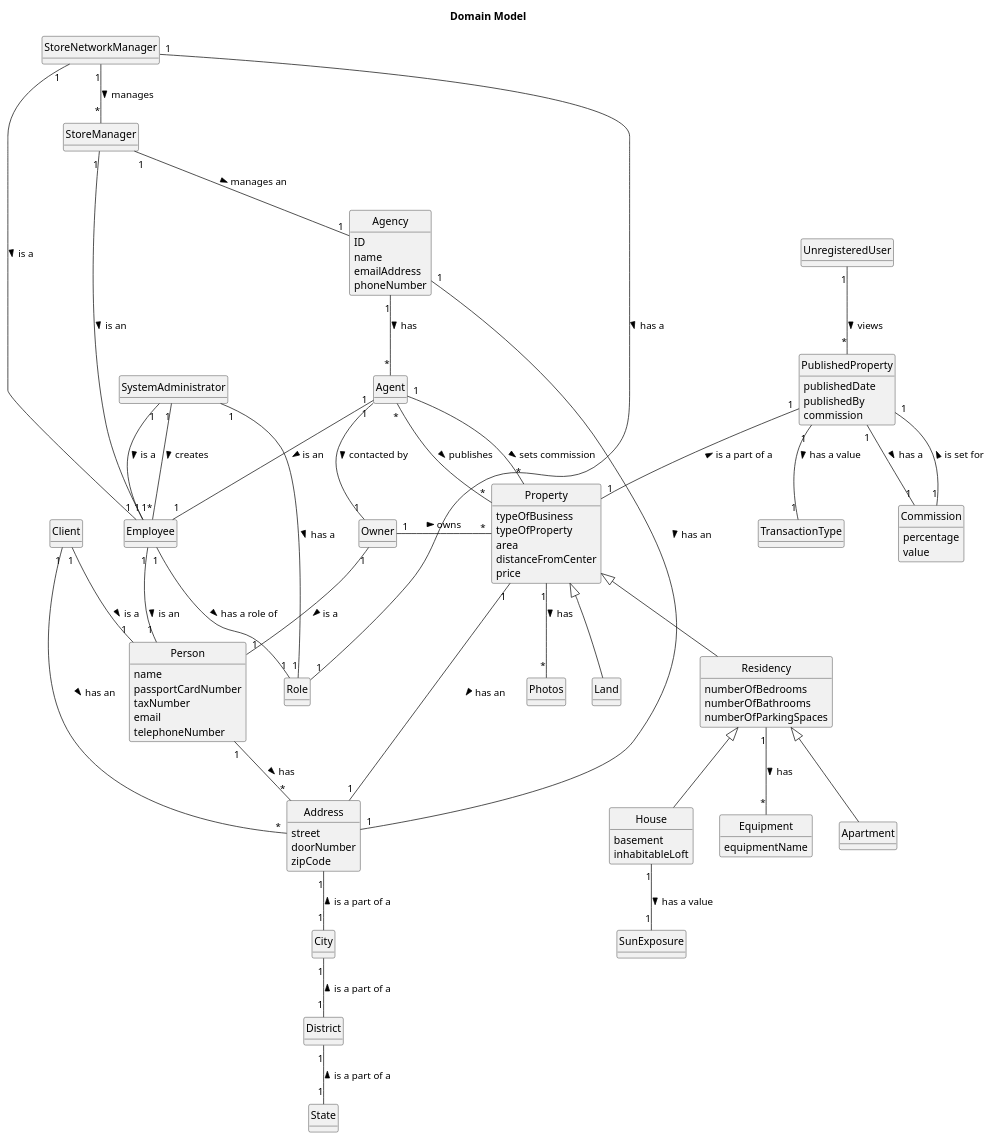
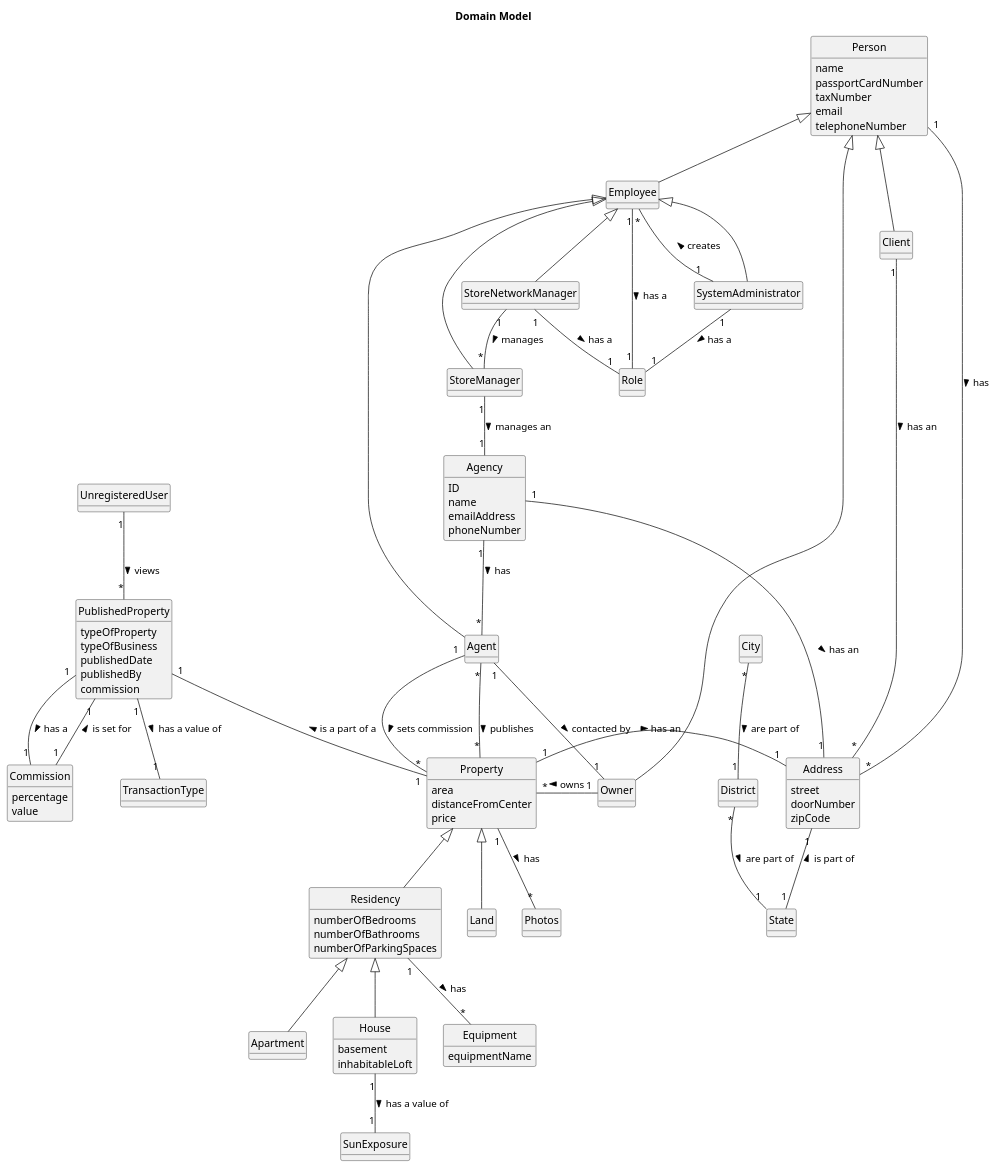
The diagram in docs/sprintB/global-artifacts/02.analysis/puml/project-domain-model.puml (Goncalves2525/real-estate-management-system), drawn with PlantUML before and after one commit. The commit also changed 10 other files, not shown here.

```diff
--- a/docs/sprintB/global-artifacts/02.analysis/puml/project-domain-model.puml
+++ b/docs/sprintB/global-artifacts/02.analysis/puml/project-domain-model.puml
@@ -1,157 +1,150 @@
 @startuml
 skinparam monochrome true
 skinparam packageStyle rectangle
 skinparam shadowing false
 skinparam classAttributeIconSize 0
 'skinparam linetype ortho
 hide circle
 hide methods
 
 title Domain Model
 
-class Client{
+class Client extends Person{
 }
 
-class Owner {
+class Owner extends Person {
 }
 
-class Employee{
+class Employee extends Person{
 }
 
-class Agent{
+class Agent extends Employee{
 }
 
 class Person{
     name
     passportCardNumber
     taxNumber
     email
     telephoneNumber
 }
 
 class Agency{
     ID
     name
     emailAddress
     phoneNumber
 }
 
 class Property{
-    typeOfBusiness
-    typeOfProperty
     area
     distanceFromCenter
     price
 }
 
 class Photos {
 }
 
 class Address{
     street
     doorNumber
     zipCode
 }
 
 class City{
 }
 
 class District{
 }
 
 class State{
 }
 
 class Apartment extends Residency{
 }
 
 class House extends Residency{
     basement
     inhabitableLoft
 }
 
 class Residency extends Property{
     numberOfBedrooms
     numberOfBathrooms
     numberOfParkingSpaces
 
 }
 
 class PublishedProperty{
+    typeOfProperty
+    typeOfBusiness
     publishedDate
     publishedBy
     commission
 }
 
 class Commission{
     percentage
     value
 }
 
 class Land extends Property{
 }
 
 class Equipment{
     equipmentName
 }
 
 class Role{
 }
 
-class SystemAdministrator{
+class SystemAdministrator extends Employee{
 }
 
-class StoreManager{
+class StoreManager extends Employee{
 }
 
-class StoreNetworkManager{
+class StoreNetworkManager extends Employee{
 }
 
 class SunExposure{
 }
 
 class TransactionType{
 }
 
 class UnregisteredUser{
 }
 
 
 StoreNetworkManager "1" -- "*" StoreManager: manages >
 Agency "1" -- "*" Agent: has >
 SystemAdministrator "1" -- "*" Employee: creates >
-StoreNetworkManager "1" -- "1" Employee: is a >
-StoreManager "1" -- "1" Employee: is an >
-Client "1" -- "1" Person: is a >
-Employee "1" -- "1" Person: is an >
-Agent "1" -- "1" Employee: is an >
-Employee "1" -- "1" Role: has a role of >
+Employee "1" -- "1" Role: has a >
 SystemAdministrator "1" -- "1" Role: has a >
 StoreNetworkManager "1" -- "1" Role: has a >
-SystemAdministrator "1" -- "1" Employee: is a >
 Agent "1" -- "1" Owner : contacted by >
 Agent "*" - "*" Property: publishes >
 Agent "1" - "*" Property: sets commission >
 Owner "1" - "*" Property: owns >
-Address "1" -- "1" City : is a part of a <
-City "1" -- "1" District : is a part of a <
-District "1" -- "1" State : is a part of a <
+Address "1" -- "1" State : is part of <
+City "*" -- "1" District : are part of >
+District "*" -- "1" State : are part of >
 Client "1" -- "*" Address: has an >
 Property "1" -- "*" Photos: has >
 PublishedProperty "1" -- "1" Commission: is set for <
 'House "1" -- "*" Equipment: has >
 'Apartment "1" -- "*" Equipment: has >
 Residency "1" -- "*" Equipment: has >
 PublishedProperty "1" -- "1" Property: is a part of a <
 Person "1" -- "*" Address: has >
 Property "1" - "1" Address: has an >
 PublishedProperty "1" -- "1" Commission : has a >
 StoreManager "1" -- "1" Agency: manages an >
-House "1" -- "1" SunExposure: has a value >
-PublishedProperty "1" -- "1" TransactionType: has a value >
-Owner "1" -- "1" Person: is a >
+House "1" -- "1" SunExposure: has a value of >
+PublishedProperty "1" -- "1" TransactionType: has a value of >
 Agency "1" -- "1" Address: has an >
 UnregisteredUser "1" -- "*" PublishedProperty: views >
 
 
 @enduml
```
